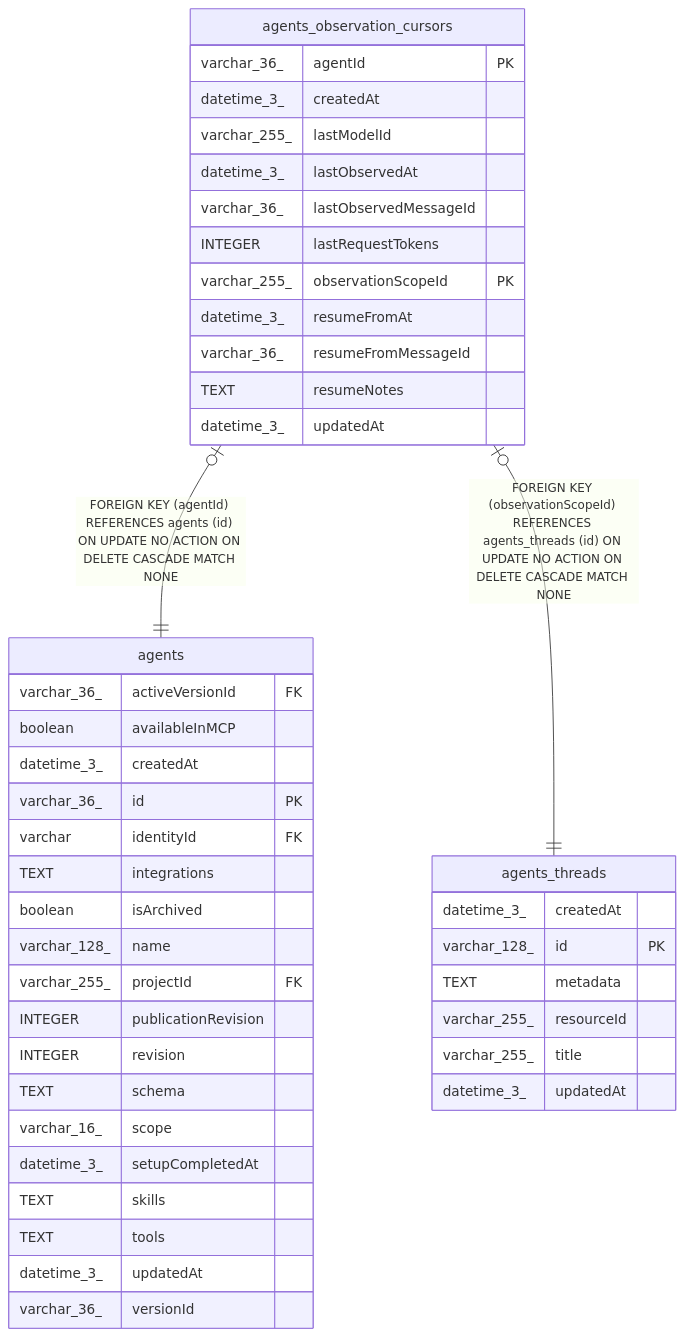
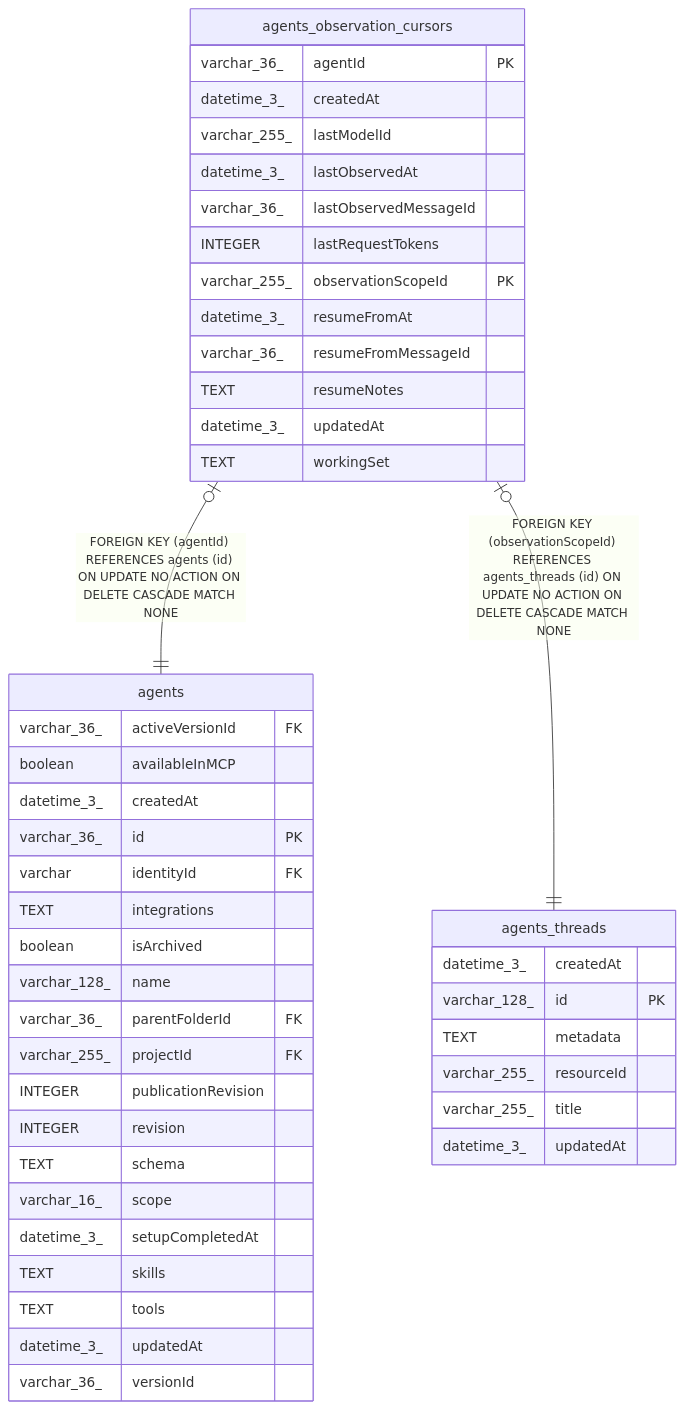
One commit to koreatest12/studys changed the diagram in n8n_integration/n8n_source/docs/generated/sqlite-schema/agents_observation_cursors.md. Above: the diagram before and after it, drawn with Mermaid. The commit also changed other lines of this file and 3763 other files, not shown here.

````diff
--- a/n8n_integration/n8n_source/docs/generated/sqlite-schema/agents_observation_cursors.md
+++ b/n8n_integration/n8n_source/docs/generated/sqlite-schema/agents_observation_cursors.md
@@ -49,48 +50,50 @@
 ```mermaid
 erDiagram
 
 "agents_observation_cursors" |o--|| "agents" : "FOREIGN KEY (agentId) REFERENCES agents (id) ON UPDATE NO ACTION ON DELETE CASCADE MATCH NONE"
 "agents_observation_cursors" |o--|| "agents_threads" : "FOREIGN KEY (observationScopeId) REFERENCES agents_threads (id) ON UPDATE NO ACTION ON DELETE CASCADE MATCH NONE"
 
 "agents_observation_cursors" {
   varchar_36_ agentId PK
   datetime_3_ createdAt
   varchar_255_ lastModelId
   datetime_3_ lastObservedAt
   varchar_36_ lastObservedMessageId
   INTEGER lastRequestTokens
   varchar_255_ observationScopeId PK
   datetime_3_ resumeFromAt
   varchar_36_ resumeFromMessageId
   TEXT resumeNotes
   datetime_3_ updatedAt
+  TEXT workingSet
 }
 "agents" {
   varchar_36_ activeVersionId FK
   boolean availableInMCP
   datetime_3_ createdAt
   varchar_36_ id PK
   varchar identityId FK
   TEXT integrations
   boolean isArchived
   varchar_128_ name
+  varchar_36_ parentFolderId FK
   varchar_255_ projectId FK
   INTEGER publicationRevision
   INTEGER revision
   TEXT schema
   varchar_16_ scope
   datetime_3_ setupCompletedAt
   TEXT skills
   TEXT tools
   datetime_3_ updatedAt
   varchar_36_ versionId
 }
 "agents_threads" {
   datetime_3_ createdAt
   varchar_128_ id PK
   TEXT metadata
   varchar_255_ resourceId
   varchar_255_ title
   datetime_3_ updatedAt
 }
 ```
````
